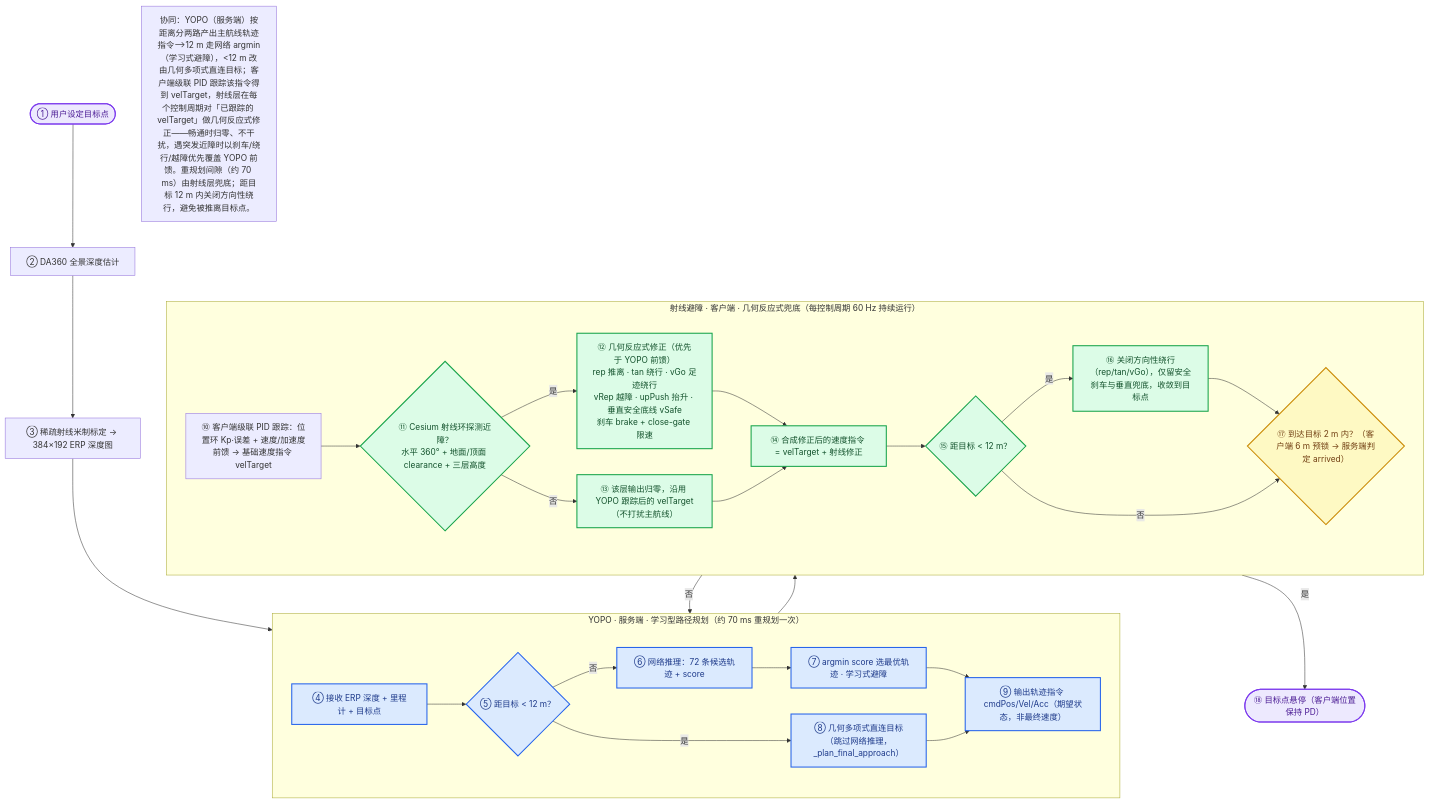
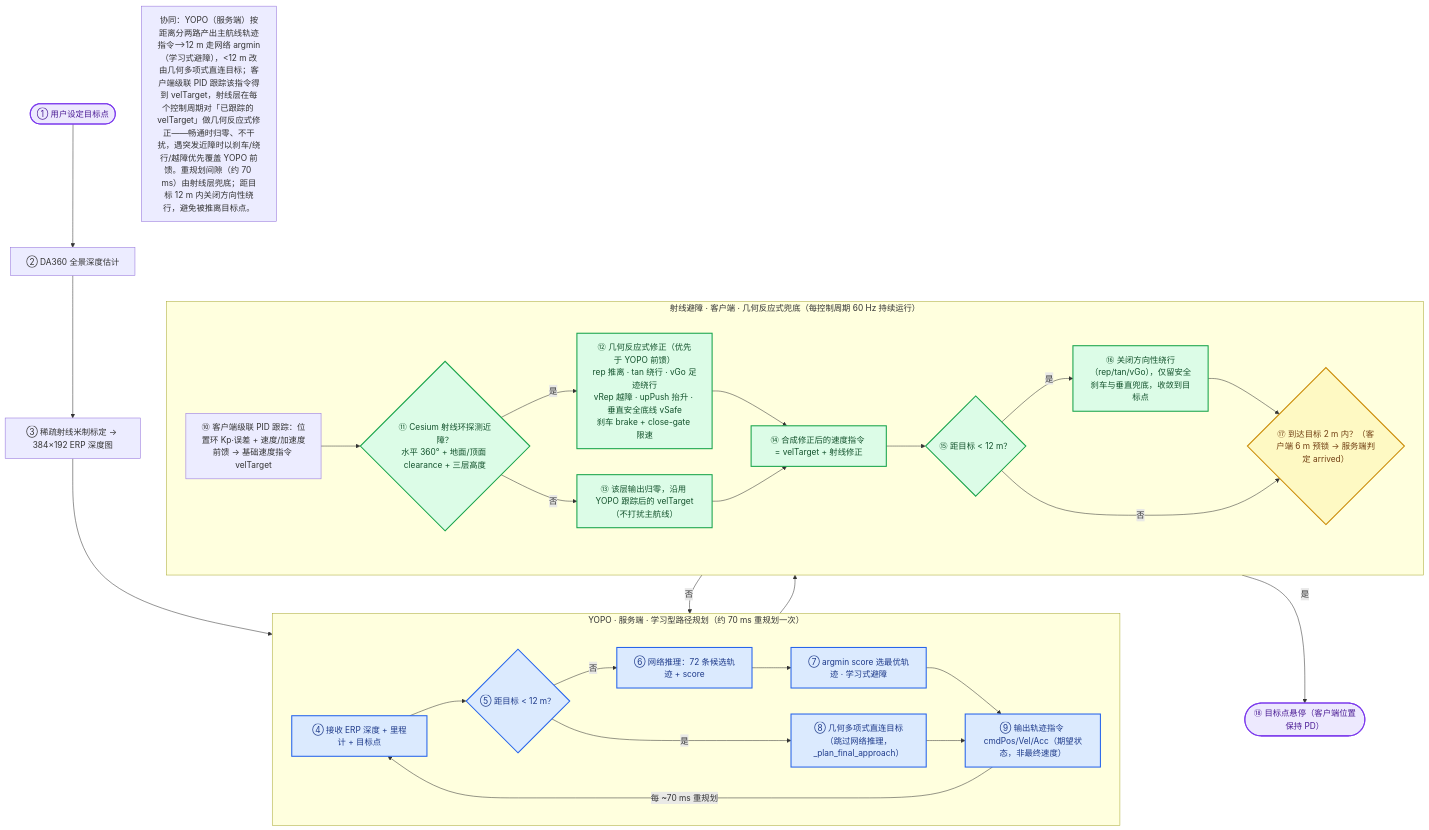
One commit to wuuwuu26/MindCloud_World_Fly_Private changed the diagram in README.md. Above: the diagram before and after it, drawn with Mermaid. The commit also changed 1 other file, not shown here.

Commit message:
docs: 服务端 12m 判断「否」分支加回到④的重规划回路

````diff
--- a/README.md
+++ b/README.md
@@ -69,47 +69,48 @@
 ```mermaid
 flowchart TD
     classDef yopo fill:#dbeafe,stroke:#2563eb,stroke-width:2px,color:#1e3a8a;
     classDef ray fill:#dcfce7,stroke:#16a34a,stroke-width:2px,color:#14532d;
     classDef dec fill:#fef9c3,stroke:#ca8a04,stroke-width:2px,color:#713f12;
     classDef term fill:#ede9fe,stroke:#7c3aed,stroke-width:2px,color:#4c1d95;
 
     Start([① 用户设定目标点]) --> Depth[② DA360 全景深度估计]
     Depth --> Calib[③ 稀疏射线米制标定 → 384×192 ERP 深度图]
     Calib --> YIN
 
     subgraph YOPO["YOPO · 服务端 · 学习型路径规划（约 70 ms 重规划一次）"]
         direction LR
         YIN[④ 接收 ERP 深度 + 里程计 + 目标点]
         YIN --> Dist{⑤ 距目标 < 12 m？}
         Dist -->|否| Cands[⑥ 网络推理：72 条候选轨迹 + score]
         Cands --> Argmin[⑦ argmin score 选最优轨迹 · 学习式避障]
         Dist -->|是| Poly[⑧ 几何多项式直连目标<br/>（跳过网络推理，_plan_final_approach）]
         Argmin --> Cmd[⑨ 输出轨迹指令 cmdPos/Vel/Acc（期望状态，非最终速度）]
         Poly --> Cmd
+        Cmd -->|每 ~70 ms 重规划| YIN
     end
     class YIN,Dist,Cands,Argmin,Poly,Cmd yopo;
 
     Cmd --> Track[⑩ 客户端级联 PID 跟踪：位置环 Kp·误差 + 速度/加速度前馈 → 基础速度指令 velTarget]
 
     subgraph RAY["射线避障 · 客户端 · 几何反应式兜底（每控制周期 60 Hz 持续运行）"]
         direction LR
         Track --> Probe{"⑪ Cesium 射线环探测近障？<br/>水平 360° + 地面/顶面 clearance + 三层高度"}
         Probe -->|是| Field["⑫ 几何反应式修正（优先于 YOPO 前馈）<br/>rep 推离 · tan 绕行 · vGo 足迹绕行<br/>vRep 越障 · upPush 抬升 · 垂直安全底线 vSafe<br/>刹车 brake + close-gate 限速"]
         Probe -->|否| Zero["⑬ 该层输出归零，沿用 YOPO 跟踪后的 velTarget（不打扰主航线）"]
         Field --> Synth[⑭ 合成修正后的速度指令 = velTarget + 射线修正]
         Zero --> Synth
         Synth --> Near{⑮ 距目标 < 12 m？}
         Near -->|是| Converge["⑯ 关闭方向性绕行（rep/tan/vGo），仅留安全刹车与垂直兜底，收敛到目标点"]
         Converge --> Arrive
         Near -->|否| Arrive
     end
     class Probe,Field,Zero,Synth,Near,Converge ray;
 
     Arrive{"⑰ 到达目标 2 m 内？（客户端 6 m 预锁 → 服务端判定 arrived）"}
     Arrive -->|否| YIN
     Arrive -->|是| End([⑱ 目标点悬停（客户端位置保持 PD）])
     class Arrive dec;
     class Start,End term;
 
     Note["协同：YOPO（服务端）按距离分两路产出主航线轨迹指令——>12 m 走网络 argmin（学习式避障），<12 m 改由几何多项式直连目标；客户端级联 PID 跟踪该指令得到 velTarget，射线层在每个控制周期对「已跟踪的 velTarget」做几何反应式修正——畅通时归零、不干扰，遇突发近障时以刹车/绕行/越障优先覆盖 YOPO 前馈。重规划间隙（约 70 ms）由射线层兜底；距目标 12 m 内关闭方向性绕行，避免被推离目标点。"]
 ```
````
